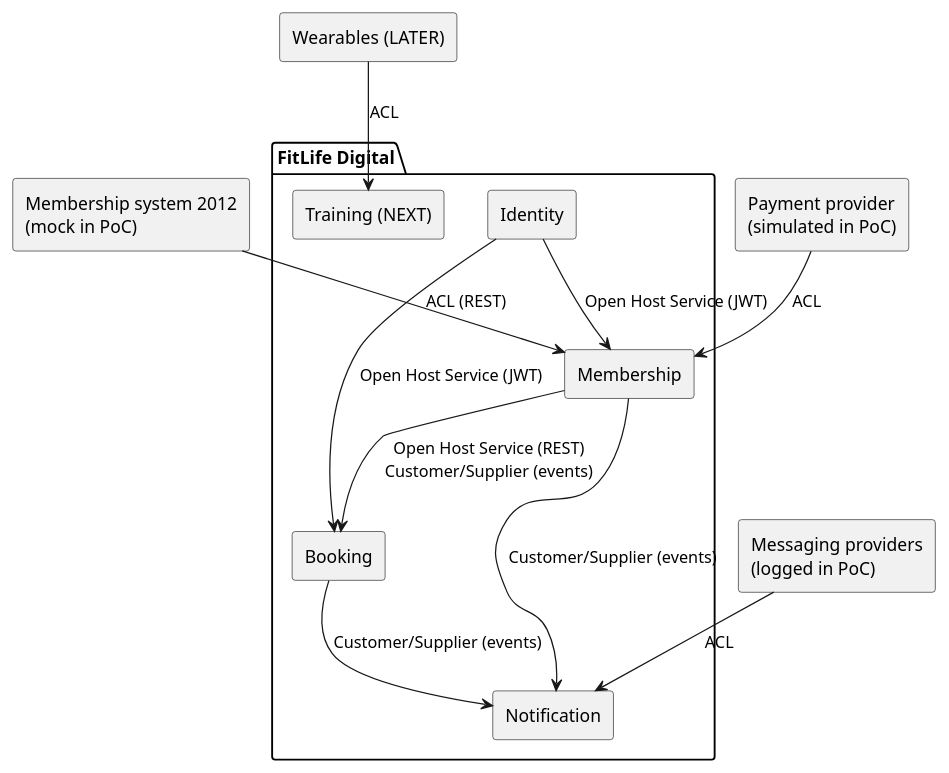
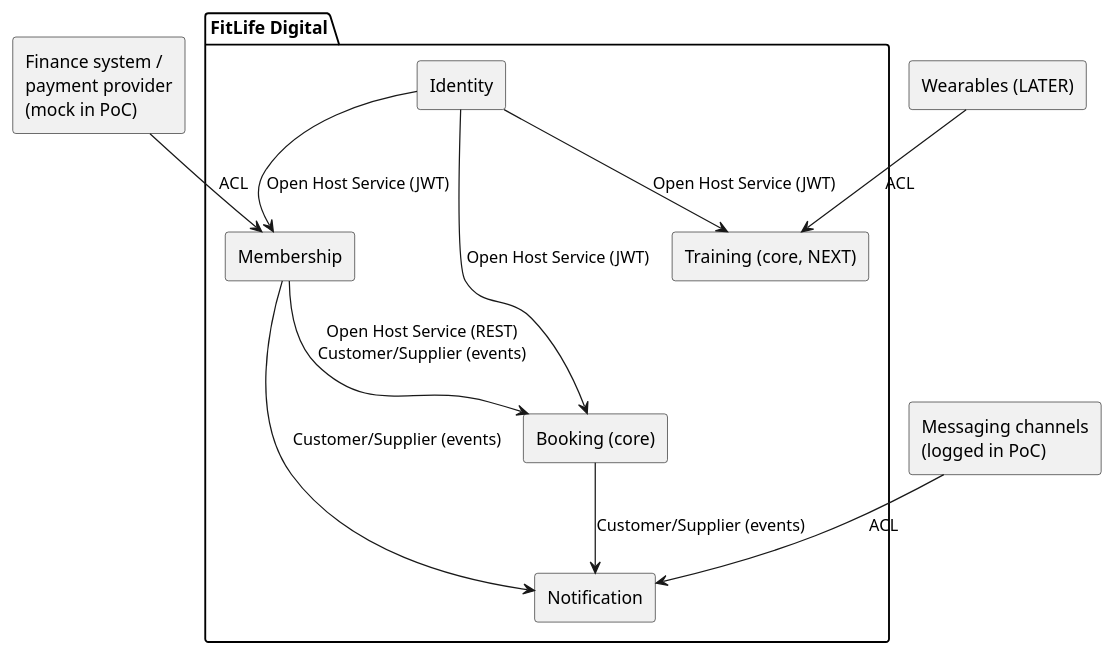
The diagram in docs/domain/CONTEXT-MAP.md (EDB-Sport/fitlife), drawn with PlantUML before and after one commit. The commit also changed other lines of this file and 2 other files, not shown here.

````diff
--- a/docs/domain/CONTEXT-MAP.md
+++ b/docs/domain/CONTEXT-MAP.md
@@ -93,28 +95,27 @@
 ```plantuml
 @startuml
 skinparam componentStyle rectangle
 skinparam shadowing false
 
 package "FitLife Digital" {
-  [Booking] as B
+  [Booking (core)] as B
+  [Training (core, NEXT)] as T
   [Membership] as M
   [Notification] as N
   [Identity] as I
-  [Training (NEXT)] as T
 }
-[Membership system 2012\n(mock in PoC)] as LEG
-[Payment provider\n(simulated in PoC)] as PAY
-[Messaging providers\n(logged in PoC)] as MSG
+[Finance system /\npayment provider\n(mock in PoC)] as PAY
+[Messaging channels\n(logged in PoC)] as MSG
 [Wearables (LATER)] as W
 
-LEG --> M : ACL (REST)
 PAY --> M : ACL
 I --> B : Open Host Service (JWT)
 I --> M : Open Host Service (JWT)
+I --> T : Open Host Service (JWT)
 M --> B : Open Host Service (REST)\nCustomer/Supplier (events)
 B --> N : Customer/Supplier (events)
 M --> N : Customer/Supplier (events)
 MSG --> N : ACL
 W --> T : ACL
 @enduml
 ```
````
